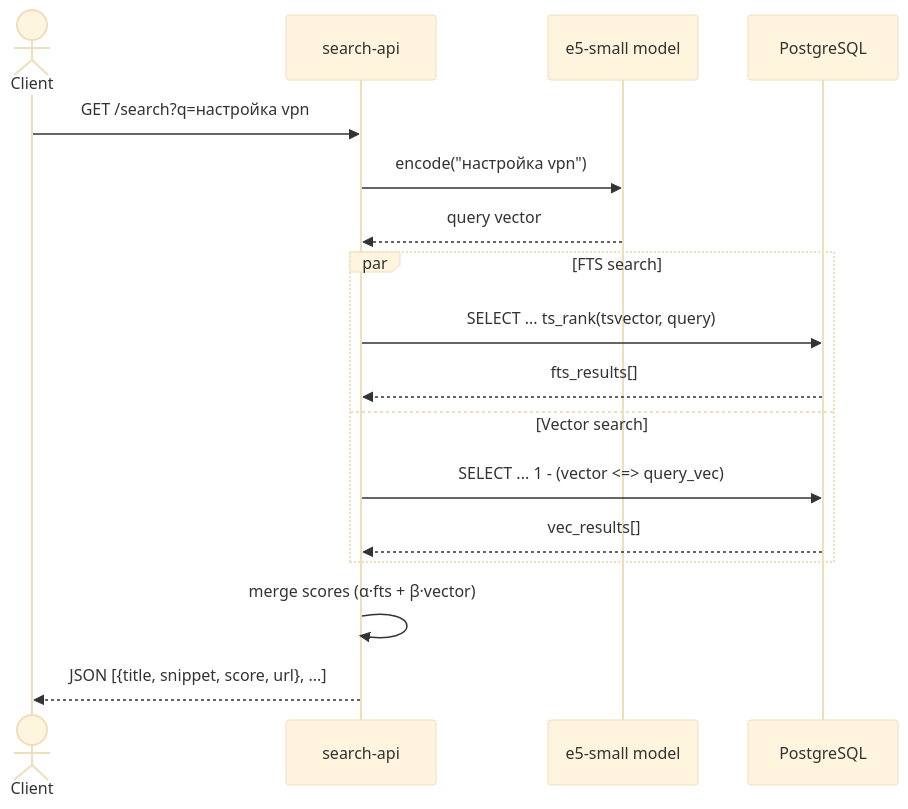
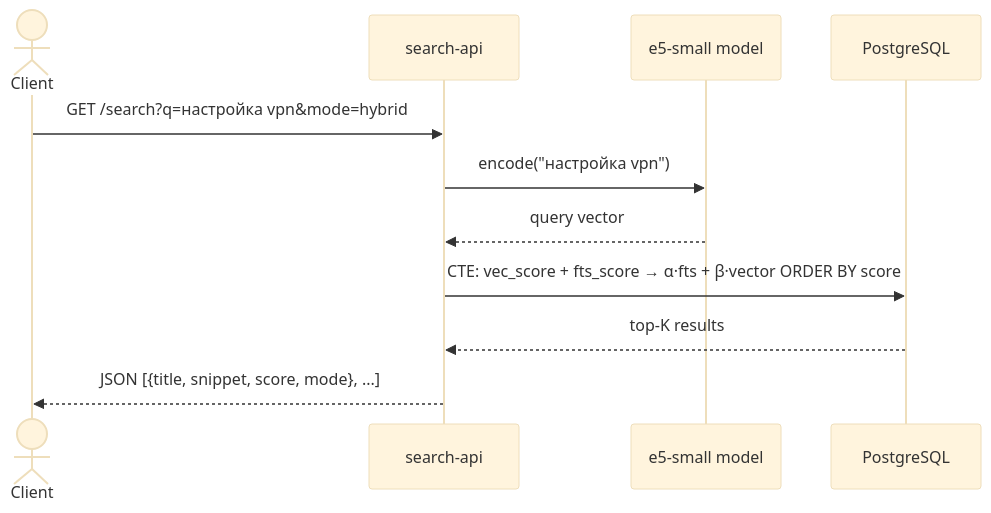
The third of 3 diagrams in docs/diagrams/search-sequence.md (kretmax-creator/coskb), drawn with Mermaid (base theme) before and after one commit. The commit also changed other lines of this file and 3 other files, not shown here.

First line of the commit message:
Iteration 7: Add hybrid search (FTS + vector scoring)

````diff
--- a/docs/diagrams/search-sequence.md
+++ b/docs/diagrams/search-sequence.md
@@ -43,22 +43,14 @@
 ```mermaid
 sequenceDiagram
     actor Client
     participant API as search-api
     participant Model as e5-small model
     participant PG as PostgreSQL
 
-    Client->>API: GET /search?q=настройка vpn
+    Client->>API: GET /search?q=настройка vpn&mode=hybrid
     API->>Model: encode("настройка vpn")
     Model-->>API: query vector
-
-    par FTS search
-        API->>PG: SELECT ... ts_rank(tsvector, query)
-        PG-->>API: fts_results[]
-    and Vector search
-        API->>PG: SELECT ... 1 - (vector <=> query_vec)
-        PG-->>API: vec_results[]
-    end
-
-    API->>API: merge scores (α·fts + β·vector)
-    API-->>Client: JSON [{title, snippet, score, url}, ...]
+    API->>PG: CTE: vec_score + fts_score → α·fts + β·vector ORDER BY score
+    PG-->>API: top-K results
+    API-->>Client: JSON [{title, snippet, score, mode}, ...]
 ```
````
